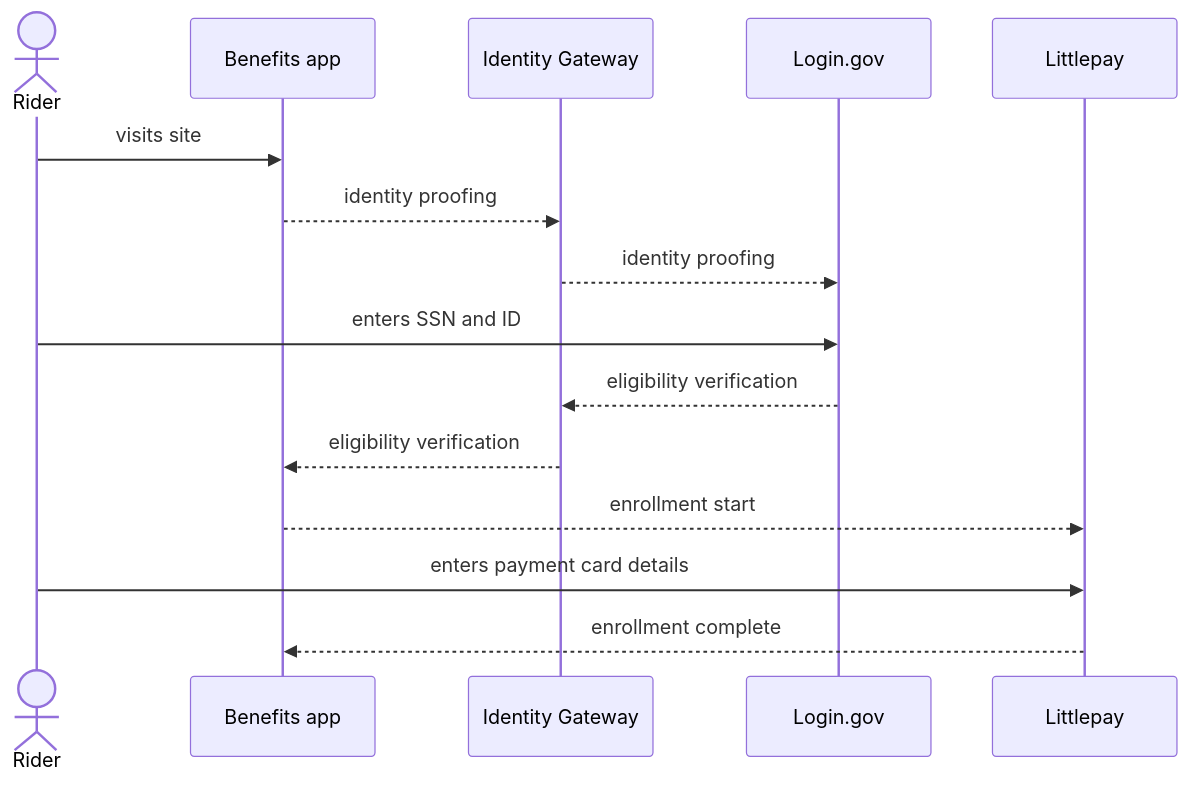
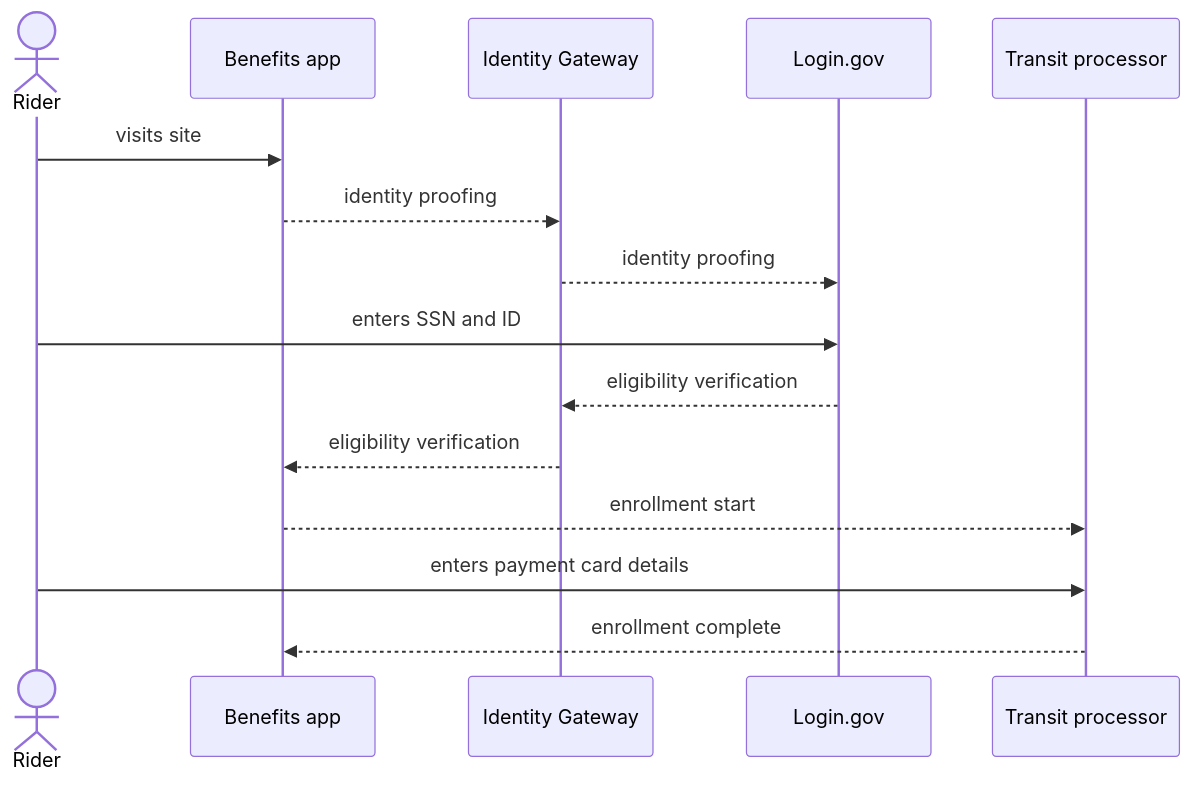
Before and after one commit to cal-itp/benefits: the diagram in docs/enrollment-pathways/older-adults.md, drawn with Mermaid. The commit also changed other lines of this file and 5 other files, not shown here.

Commit message:
updating mermaid charts, adding transit processor section, parallel language for video demos

````diff
--- a/docs/enrollment-pathways/older-adults.md
+++ b/docs/enrollment-pathways/older-adults.md
@@ -15,18 +15,18 @@
 ```mermaid
 sequenceDiagram
     actor Rider
     participant Benefits as Benefits app
     participant IdG as Identity Gateway
     participant Login.gov
-    participant Littlepay
+    participant Transit processor
 
     Rider->>Benefits: visits site
     Benefits-->>IdG: identity proofing
     IdG-->>Login.gov: identity proofing
     Rider->>Login.gov: enters SSN and ID
     Login.gov-->>IdG: eligibility verification
     IdG-->>Benefits: eligibility verification
-    Benefits-->>Littlepay: enrollment start
-    Rider->>Littlepay: enters payment card details
-    Littlepay-->>Benefits: enrollment complete
+    Benefits-->>Transit processor: enrollment start
+    Rider->>Transit processor: enters payment card details
+    Transit processor-->>Benefits: enrollment complete
 ```
````
